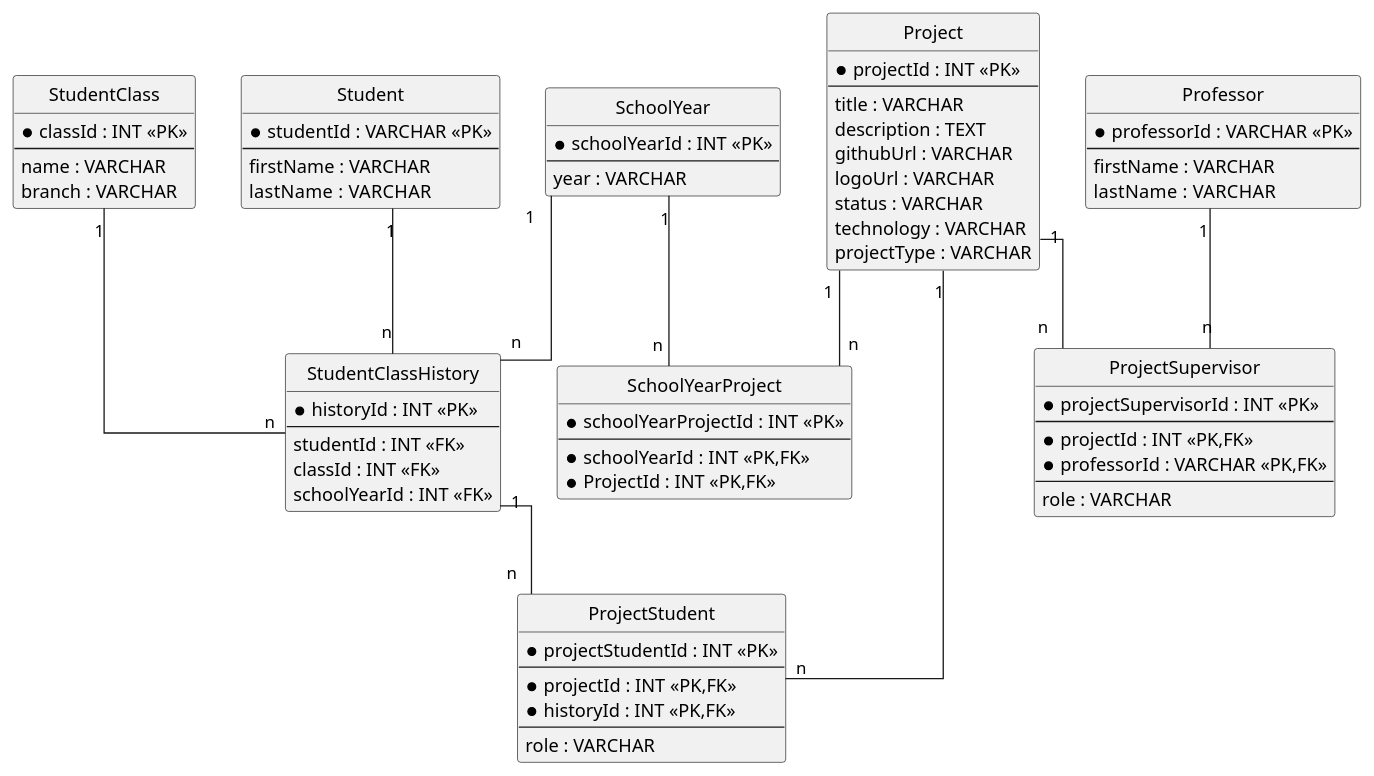
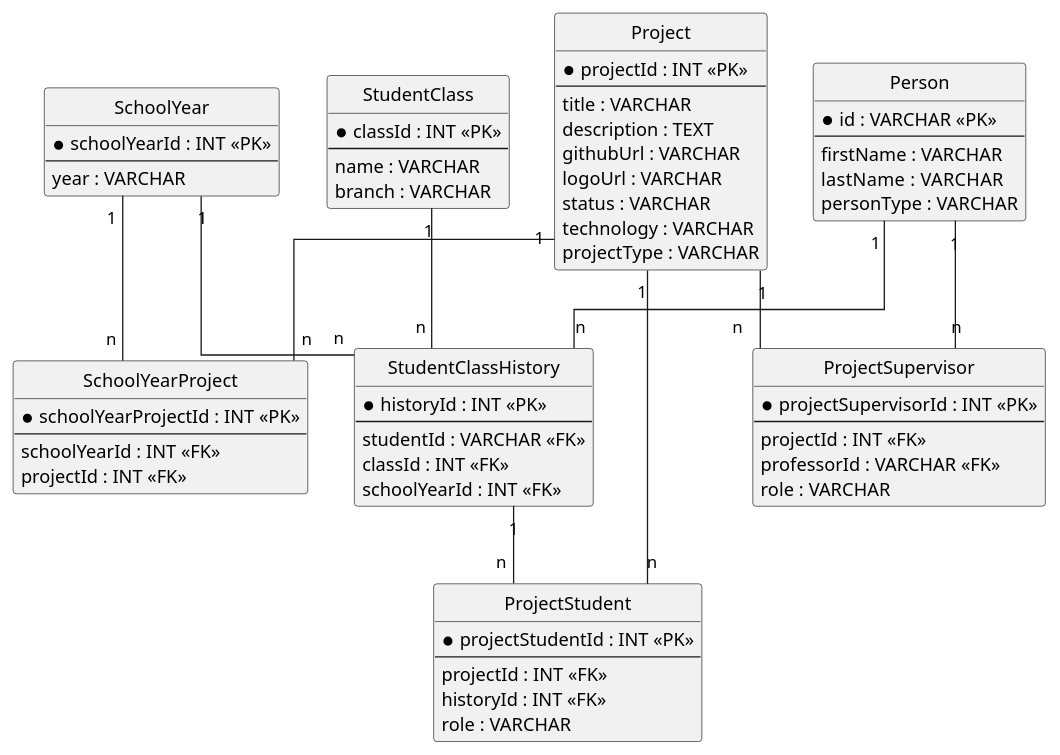
One commit to 252627-BHIF-SYP/Projekt-Managment changed the diagram in datamodel.puml. Above: the diagram before and after it, drawn with PlantUML. The commit also changed 53 other files, not shown here.

```diff
--- a/datamodel.puml
+++ b/datamodel.puml
@@ -1,90 +1,82 @@
 @startuml
 hide circle
 skinparam linetype ortho
 skinparam shadowing false
 
 entity "SchoolYear" as SchoolYear {
   * schoolYearId : INT <<PK>>
   --
   year : VARCHAR
 }
 
 entity "SchoolYearProject" as SchoolYearProject {
   * schoolYearProjectId : INT <<PK>>
   --
- * schoolYearId : INT <<PK,FK>>
- * ProjectId : INT <<PK,FK>>
+  schoolYearId : INT <<FK>>
+  projectId : INT <<FK>>
 }
 
 entity "StudentClass" as Class {
   * classId : INT <<PK>>
   --
   name : VARCHAR
   branch : VARCHAR
 }
 
-entity "Student" as Student {
-  * studentId : VARCHAR <<PK>>
+entity "Person" as Person {
+  * id : VARCHAR <<PK>>
   --
   firstName : VARCHAR
   lastName  : VARCHAR
-}
-
-entity "Professor" as Professor {
-  * professorId : VARCHAR <<PK>>
-  --
-  firstName : VARCHAR
-  lastName  : VARCHAR
+  personType : VARCHAR
 }
 
 entity "StudentClassHistory" as StudentClassHistory {
   * historyId : INT <<PK>>
   --
-  studentId : INT <<FK>>
+  studentId : VARCHAR <<FK>>
   classId : INT <<FK>>
   schoolYearId : INT <<FK>>
 }
 
 entity "Project" as Project {
   * projectId : INT <<PK>>
   --
   title : VARCHAR
   description : TEXT
   githubUrl : VARCHAR
   logoUrl : VARCHAR
   status : VARCHAR
   technology : VARCHAR
   projectType : VARCHAR
 }
 
 entity "ProjectStudent" as ProjectStudent {
   * projectStudentId : INT <<PK>>
   --
-  * projectId : INT <<PK,FK>>
-  * historyId : INT <<PK,FK>>
-  --
+  projectId : INT <<FK>>
+  historyId : INT <<FK>>
   role : VARCHAR
 }
 
 entity "ProjectSupervisor" as ProjectSupervisor {
   * projectSupervisorId : INT <<PK>>
   --
-  * projectId : INT <<PK,FK>>
-  * professorId : VARCHAR <<PK,FK>>
-  --
+  projectId : INT <<FK>>
+  professorId : VARCHAR <<FK>>
   role : VARCHAR
 }
 
 SchoolYear "1" -- "n" StudentClassHistory
 Class      "1" -- "n" StudentClassHistory
-Student    "1" -- "n" StudentClassHistory
+Person     "1" -- "n" StudentClassHistory
 
 Project "1" -- "n" SchoolYearProject
 SchoolYear "1" -- "n" SchoolYearProject
 
 Project              "1" -- "n" ProjectStudent
 StudentClassHistory  "1" -- "n" ProjectStudent
 
 Project    "1" -- "n" ProjectSupervisor
-Professor  "1" -- "n" ProjectSupervisor
+Person     "1" -- "n" ProjectSupervisor
 @enduml
```
